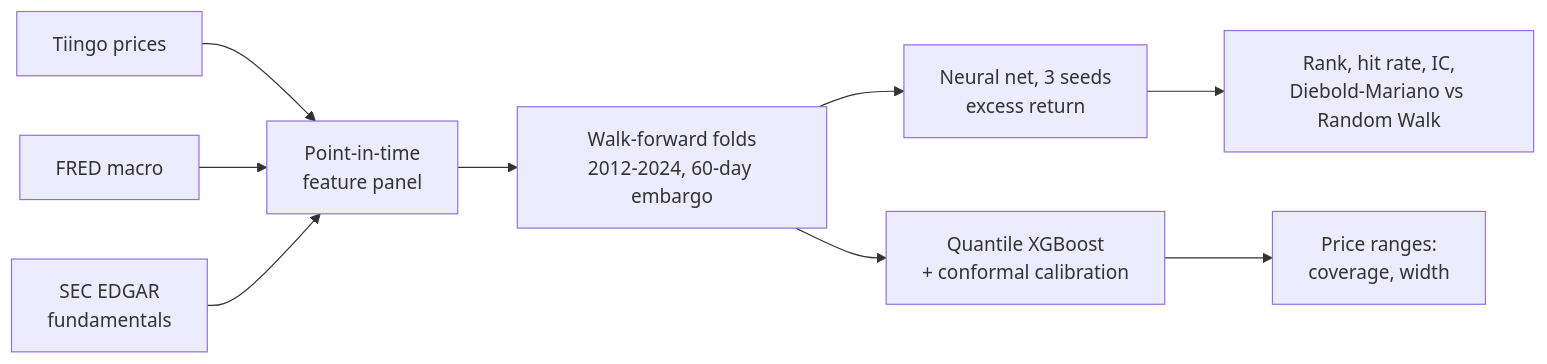
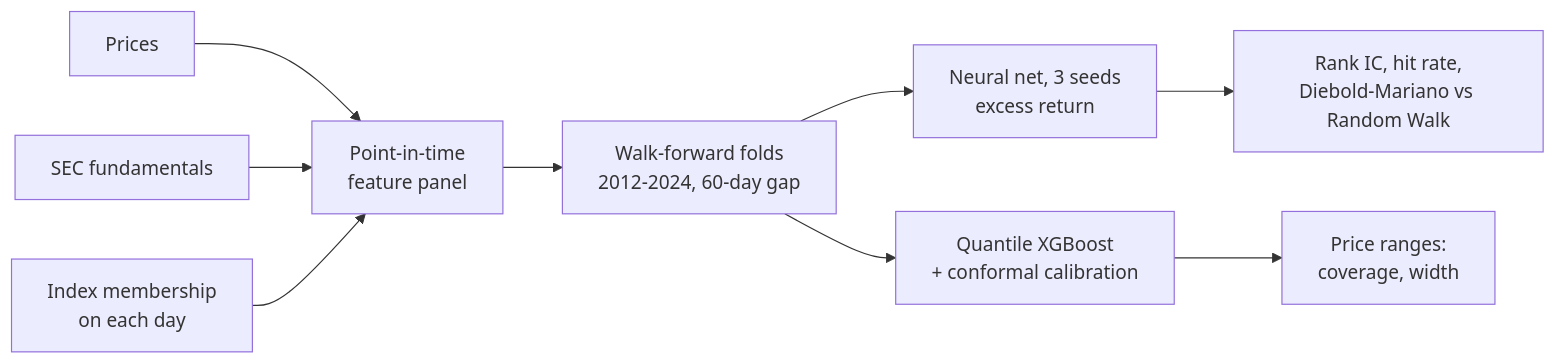
The second of 2 diagrams in README.md (Naveed-CoLab/LatticeX), drawn with Mermaid before and after one commit. The commit also changed other lines of this file and 33 other files, not shown here.

````diff
--- a/README.md
+++ b/README.md
@@ -99,11 +146,11 @@
 ```mermaid
 flowchart LR
-    A[Tiingo prices] --> D[Point-in-time<br/>feature panel]
-    B[FRED macro] --> D
-    C[SEC EDGAR<br/>fundamentals] --> D
-    D --> E[Walk-forward folds<br/>2012-2024, 60-day embargo]
+    A[Prices] --> D[Point-in-time<br/>feature panel]
+    B[SEC fundamentals] --> D
+    C[Index membership<br/>on each day] --> D
+    D --> E[Walk-forward folds<br/>2012-2024, 60-day gap]
     E --> F[Neural net, 3 seeds<br/>excess return]
     E --> G[Quantile XGBoost<br/>+ conformal calibration]
-    F --> H[Rank, hit rate, IC,<br/>Diebold-Mariano vs Random Walk]
+    F --> H[Rank IC, hit rate,<br/>Diebold-Mariano vs Random Walk]
     G --> I[Price ranges:<br/>coverage, width]
 ```
````
